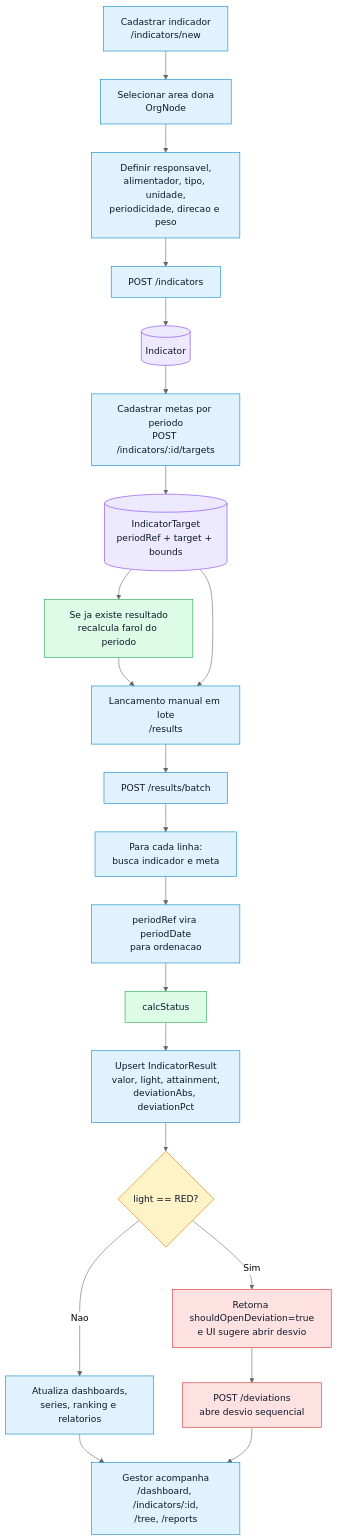
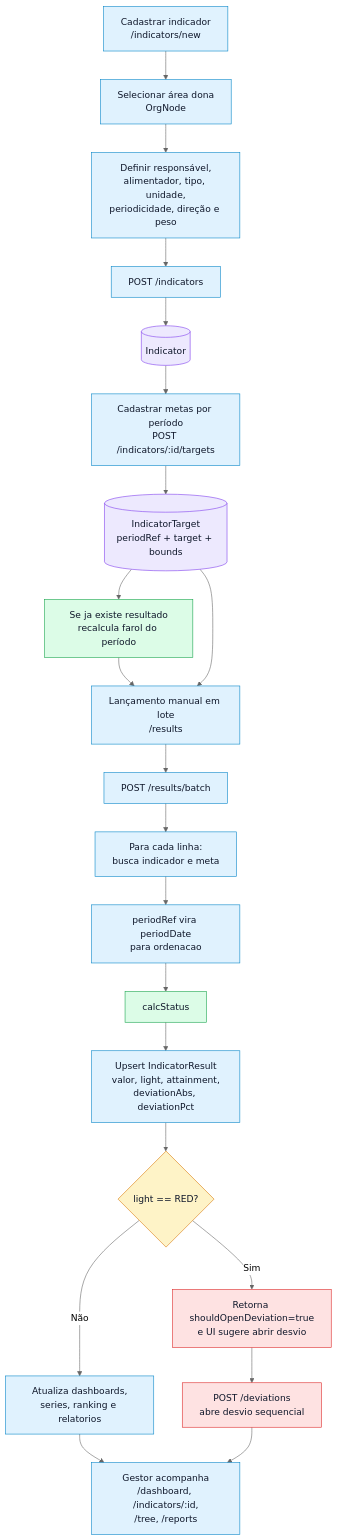
The fourth of 12 diagrams in docs/fluxograma-completo.md (aldemirfidelis/gestao-360-indicadores), drawn with Mermaid (neutral theme) before and after one commit. The commit also changed other lines of this file and 73 other files, not shown here.

````diff
--- a/docs/fluxograma-completo.md
+++ b/docs/fluxograma-completo.md
@@ -166,34 +166,34 @@
 ```mermaid
 flowchart TD
-  A["Cadastrar indicador<br/>/indicators/new"] --> B["Selecionar area dona<br/>OrgNode"]
-  B --> C["Definir responsavel,<br/>alimentador, tipo, unidade,<br/>periodicidade, direcao e peso"]
+  A["Cadastrar indicador<br/>/indicators/new"] --> B["Selecionar área dona<br/>OrgNode"]
+  B --> C["Definir responsável,<br/>alimentador, tipo, unidade,<br/>periodicidade, direção e peso"]
   C --> D["POST /indicators"]
   D --> DB1[("Indicator")]
-  DB1 --> E["Cadastrar metas por periodo<br/>POST /indicators/:id/targets"]
+  DB1 --> E["Cadastrar metas por período<br/>POST /indicators/:id/targets"]
   E --> DB2[("IndicatorTarget<br/>periodRef + target + bounds")]
-  DB2 --> F["Se ja existe resultado<br/>recalcula farol do periodo"]
-  F --> G["Lancamento manual em lote<br/>/results"]
+  DB2 --> F["Se ja existe resultado<br/>recalcula farol do período"]
+  F --> G["Lançamento manual em lote<br/>/results"]
   DB2 --> G
   G --> H["POST /results/batch"]
   H --> I["Para cada linha:<br/>busca indicador e meta"]
   I --> J["periodRef vira periodDate<br/>para ordenacao"]
   J --> K["calcStatus"]
   K --> L["Upsert IndicatorResult<br/>valor, light, attainment,<br/>deviationAbs, deviationPct"]
   L --> M{"light == RED?"}
-  M -- "Nao" --> N["Atualiza dashboards,<br/>series, ranking e relatorios"]
+  M -- "Não" --> N["Atualiza dashboards,<br/>series, ranking e relatorios"]
   M -- "Sim" --> O["Retorna shouldOpenDeviation=true<br/>e UI sugere abrir desvio"]
   O --> P["POST /deviations<br/>abre desvio sequencial"]
   N --> Q["Gestor acompanha<br/>/dashboard, /indicators/:id,<br/>/tree, /reports"]
   P --> Q
 
   classDef step fill:#e0f2fe,stroke:#0284c7,color:#0f172a
   classDef rule fill:#dcfce7,stroke:#16a34a,color:#0f172a
   classDef decision fill:#fef3c7,stroke:#d97706,color:#0f172a
   classDef risk fill:#fee2e2,stroke:#dc2626,color:#0f172a
   classDef data fill:#ede9fe,stroke:#7c3aed,color:#0f172a
   class A,B,C,D,E,G,H,I,J,L,N,Q step
   class F,K rule
   class M decision
   class O,P risk
   class DB1,DB2 data
 ```
````
